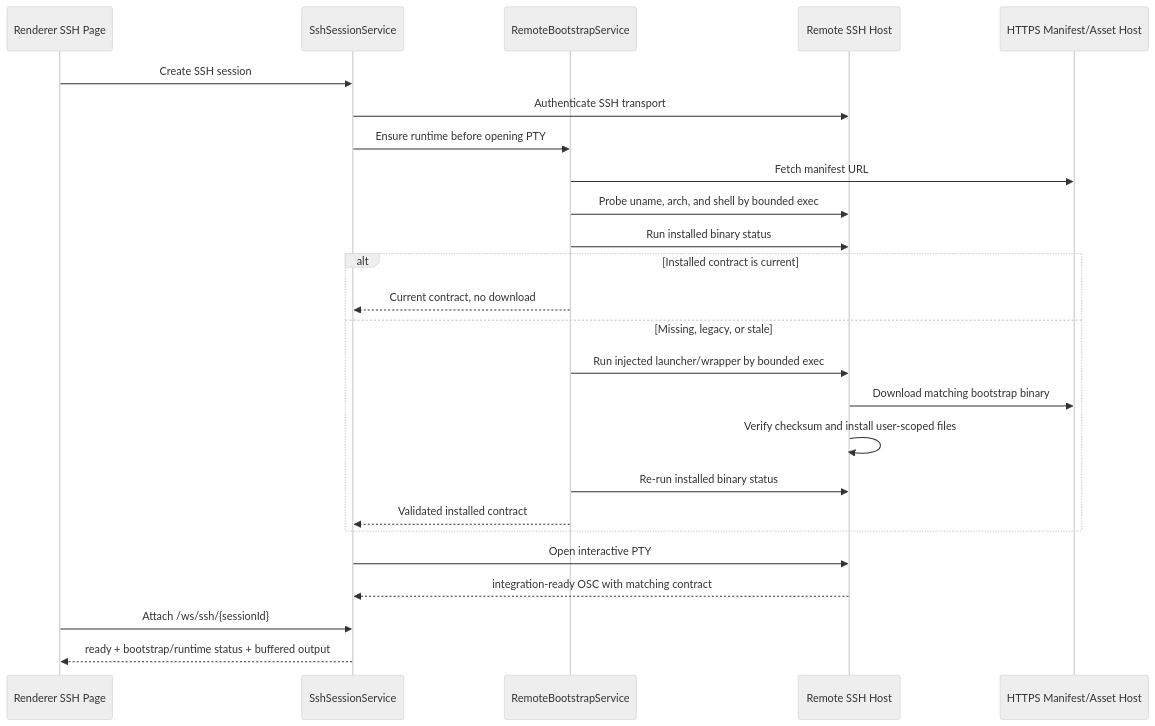
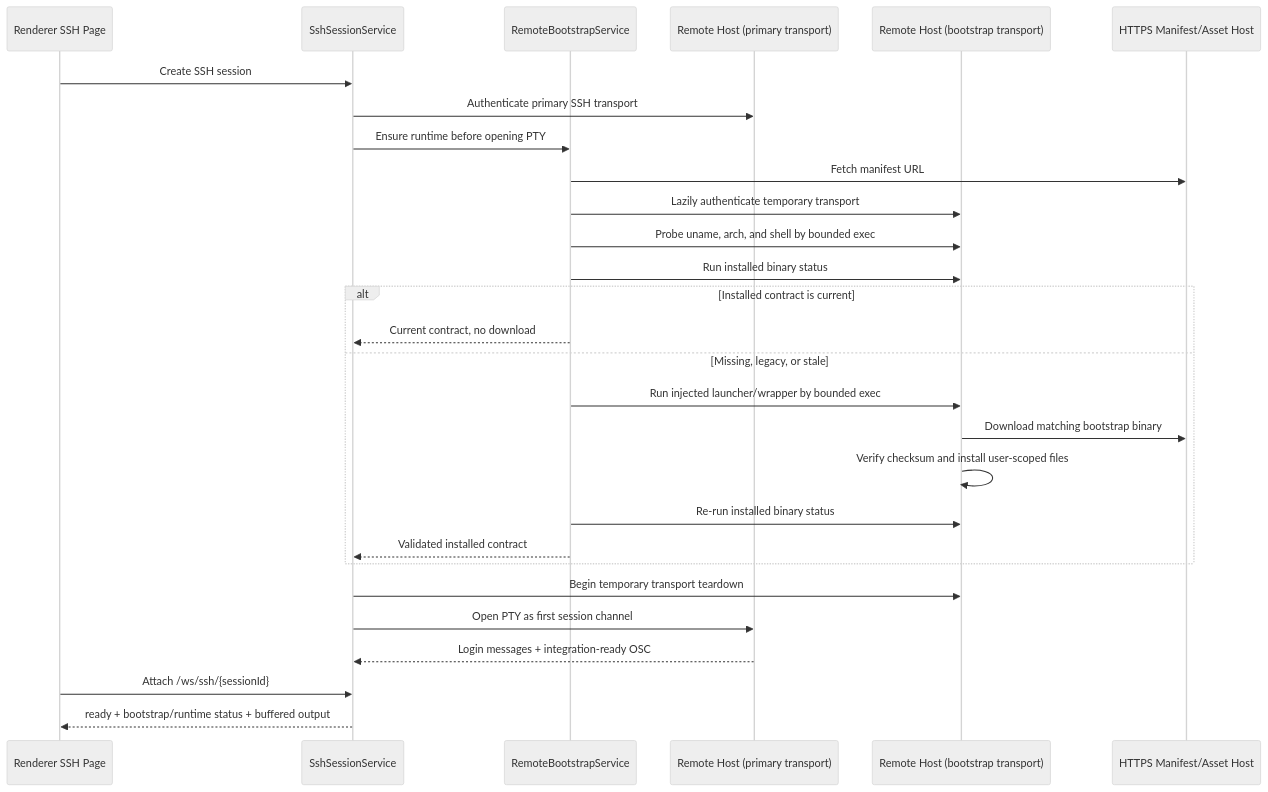
Before and after one commit to XYZ1024-alt/Cosmosh: the third of 3 diagrams in docs/developer/runtime/ssh-terminal.md, drawn with Mermaid (neutral theme). The commit also changed other lines of this file and 13 other files, not shown here.

First line of the commit message:
fix(ssh): preserve login messages during remote bootstrap

````diff
--- a/docs/developer/runtime/ssh-terminal.md
+++ b/docs/developer/runtime/ssh-terminal.md
@@ -361,28 +361,31 @@
 ```mermaid
 sequenceDiagram
   participant UI as Renderer SSH Page
   participant SSH as SshSessionService
   participant BOOT as RemoteBootstrapService
-  participant REM as Remote SSH Host
+  participant PRIMARY as Remote Host (primary transport)
+  participant AUX as Remote Host (bootstrap transport)
   participant REL as HTTPS Manifest/Asset Host
 
   UI->>SSH: Create SSH session
-  SSH->>REM: Authenticate SSH transport
+  SSH->>PRIMARY: Authenticate primary SSH transport
   SSH->>BOOT: Ensure runtime before opening PTY
   BOOT->>REL: Fetch manifest URL
-  BOOT->>REM: Probe uname, arch, and shell by bounded exec
-  BOOT->>REM: Run installed binary status
+  BOOT->>AUX: Lazily authenticate temporary transport
+  BOOT->>AUX: Probe uname, arch, and shell by bounded exec
+  BOOT->>AUX: Run installed binary status
   alt Installed contract is current
     BOOT-->>SSH: Current contract, no download
   else Missing, legacy, or stale
-    BOOT->>REM: Run injected launcher/wrapper by bounded exec
-    REM->>REL: Download matching bootstrap binary
-    REM->>REM: Verify checksum and install user-scoped files
-    BOOT->>REM: Re-run installed binary status
+    BOOT->>AUX: Run injected launcher/wrapper by bounded exec
+    AUX->>REL: Download matching bootstrap binary
+    AUX->>AUX: Verify checksum and install user-scoped files
+    BOOT->>AUX: Re-run installed binary status
     BOOT-->>SSH: Validated installed contract
   end
-  SSH->>REM: Open interactive PTY
-  REM-->>SSH: integration-ready OSC with matching contract
+  SSH->>AUX: Begin temporary transport teardown
+  SSH->>PRIMARY: Open PTY as first session channel
+  PRIMARY-->>SSH: Login messages + integration-ready OSC
   UI->>SSH: Attach /ws/ssh/{sessionId}
   SSH-->>UI: ready + bootstrap/runtime status + buffered output
 ```
````
